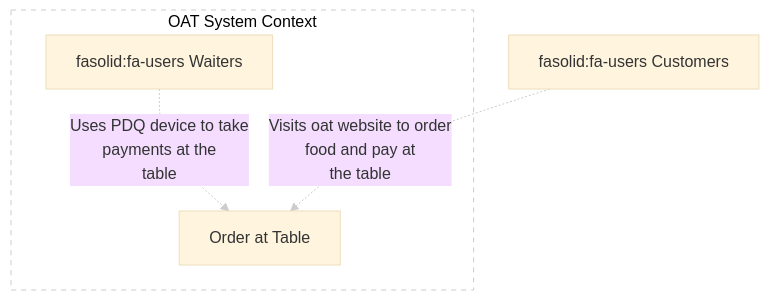
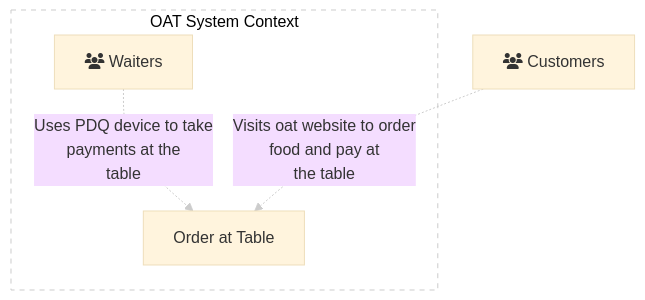
One commit to anandakumarpalanisamy/css-recipes changed the first of 5 diagrams in README.md. Above: the diagram before and after it, drawn with Mermaid.

````diff
--- a/README.md
+++ b/README.md
@@ -3,10 +3,10 @@
 ```mermaid
 %%{init: {'theme':'base', 'themeVariables': { 'lineColor': '#cccccc'}}}%%
 graph TB
     subgraph SystemContext [OAT System Context]
     style SystemContext fill:#fff,stroke:#ccc,stroke-width:1px,color:#000,stroke-dasharray: 5 5
-    Waiter[fasolid:fa-users Waiters] -. "Uses PDQ device to take<br/>payments at the<br/>table" .-> OAT[Order at Table]
+    Waiter[fas:fa-users Waiters] -. "Uses PDQ device to take<br/>payments at the<br/>table" .-> OAT[Order at Table]
     end
 
-    Customer[fasolid:fa-users Customers] -. "Visits oat website to order<br/>food and pay at<br/> the table" .-> OAT
+    Customer[fas:fa-users Customers] -. "Visits oat website to order<br/>food and pay at<br/> the table" .-> OAT
 ```
````
